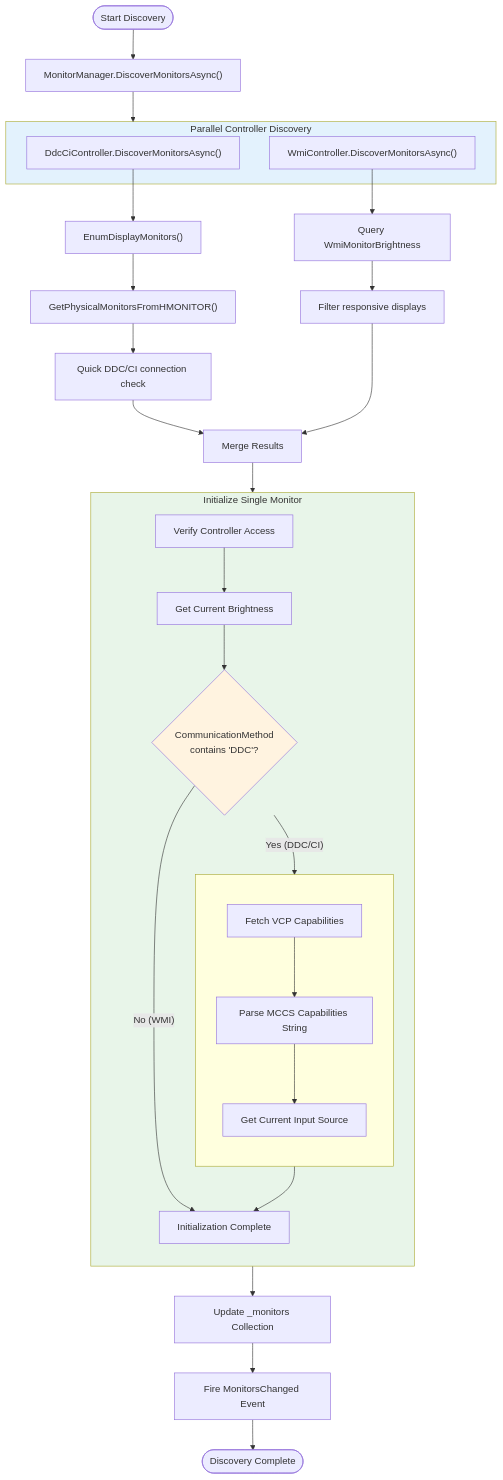
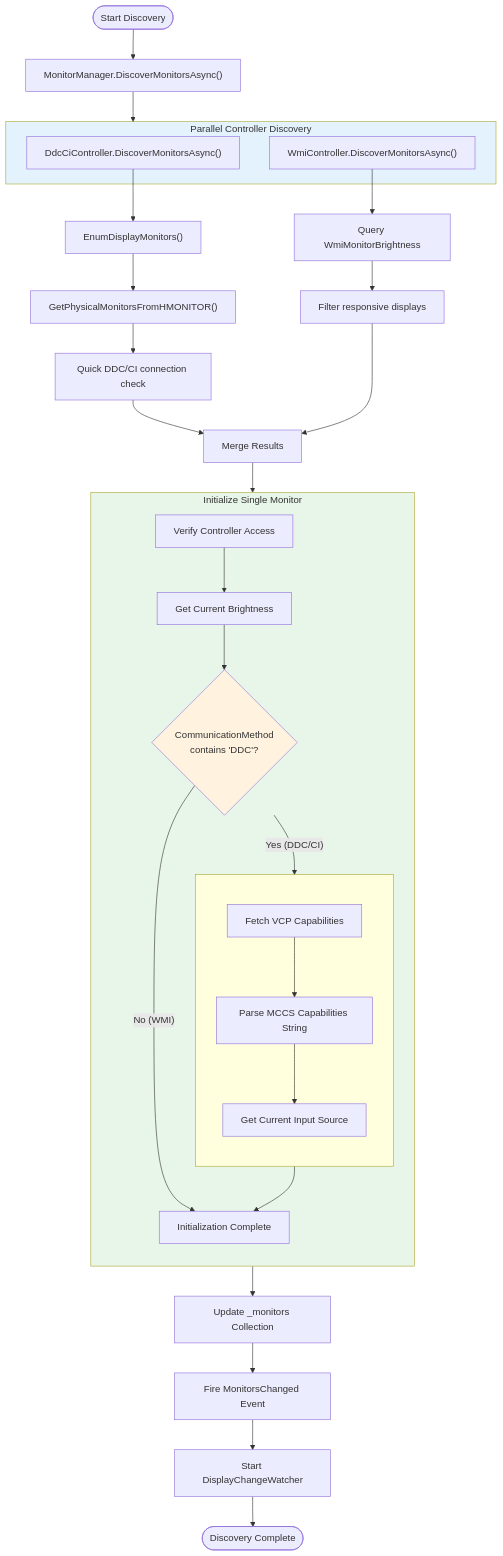
One commit to microsoft/PowerToys changed the seventh of 14 diagrams in doc/devdocs/modules/powerdisplay/design.md. Above: the diagram before and after it, drawn with Mermaid. The commit also changed other lines of this file and 3 other files, not shown here.

First line of the commit message:
Add DisplayChangeWatcher for monitor hot-plug detection

````diff
--- a/doc/devdocs/modules/powerdisplay/design.md
+++ b/doc/devdocs/modules/powerdisplay/design.md
@@ -574,55 +628,56 @@
 ```mermaid
 flowchart TB
     Start([Start Discovery]) --> Init["MonitorManager.DiscoverMonitorsAsync()"]
 
     Init --> ParallelDiscover["Parallel Discovery"]
 
     subgraph ParallelDiscover["Parallel Controller Discovery"]
         DDCDiscover["DdcCiController.DiscoverMonitorsAsync()"]
         WMIDiscover["WmiController.DiscoverMonitorsAsync()"]
     end
 
     DDCDiscover --> DDCEnum["EnumDisplayMonitors()"]
     DDCEnum --> DDCPhysical["GetPhysicalMonitorsFromHMONITOR()"]
     DDCPhysical --> DDCCheck["Quick DDC/CI connection check"]
 
     WMIDiscover --> WMIQuery["Query WmiMonitorBrightness"]
     WMIQuery --> WMIFilter["Filter responsive displays"]
 
     DDCCheck --> Merge["Merge Results"]
     WMIFilter --> Merge
 
     Merge --> InitLoop["For Each Monitor"]
 
     subgraph InitLoop["Initialize Single Monitor"]
         direction TB
         VerifyControl["Verify Controller Access"]
         GetBrightness["Get Current Brightness"]
         CheckType{"CommunicationMethod<br/>contains 'DDC'?"}
 
         subgraph DDCPath[" "]
             direction TB
             GetCaps["Fetch VCP Capabilities"]
             ParseCaps["Parse MCCS Capabilities String"]
             InitInputSource["Get Current Input Source"]
         end
 
         Done["Initialization Complete"]
     end
 
     VerifyControl --> GetBrightness
     GetBrightness --> CheckType
     CheckType -->|"Yes (DDC/CI)"| GetCaps
     GetCaps --> ParseCaps
     ParseCaps --> InitInputSource
     InitInputSource --> Done
     CheckType -->|"No (WMI)"| Done
 
     InitLoop --> UpdateCollection["Update _monitors Collection"]
     UpdateCollection --> FireEvent["Fire MonitorsChanged Event"]
-    FireEvent --> End([Discovery Complete])
+    FireEvent --> StartWatcher["Start DisplayChangeWatcher"]
+    StartWatcher --> End([Discovery Complete])
 
     style ParallelDiscover fill:#e3f2fd
     style InitLoop fill:#e8f5e9
     style CheckType fill:#fff3e0
 ```
````
